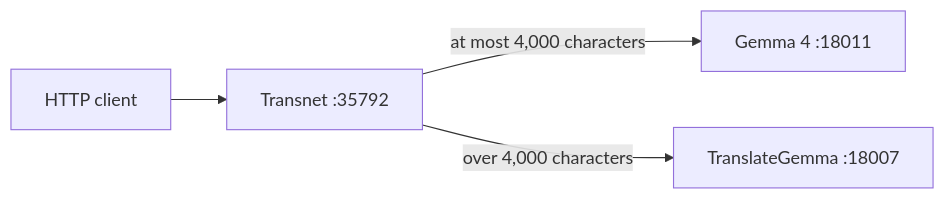
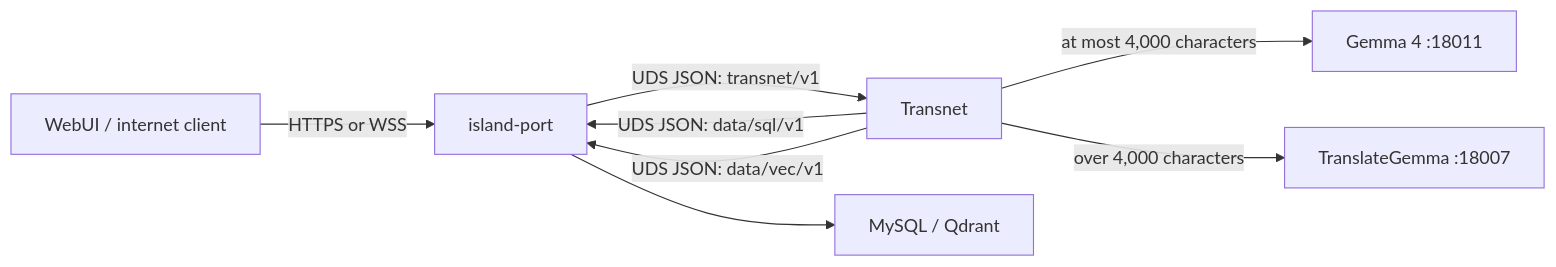
Before and after one commit to Ashex-x/Transnet: the diagram in README.md, drawn with Mermaid. The commit also changed other lines of this file and 59 other files, not shown here.

````diff
--- a/README.md
+++ b/README.md
@@ -5,6 +22,10 @@
 ```mermaid
 flowchart LR
-  client["HTTP client"] --> service["Transnet :35792"]
+  client["WebUI / internet client"] -->|"HTTPS or WSS"| island["island-port"]
+  island -->|"UDS JSON: transnet/v1"| service["Transnet"]
+  service -->|"UDS JSON: data/sql/v1"| island
+  service -->|"UDS JSON: data/vec/v1"| island
+  island --> databases["MySQL / Qdrant"]
   service -->|"at most 4,000 characters"| gemma4["Gemma 4 :18011"]
   service -->|"over 4,000 characters"| translate["TranslateGemma :18007"]
 ```
````
